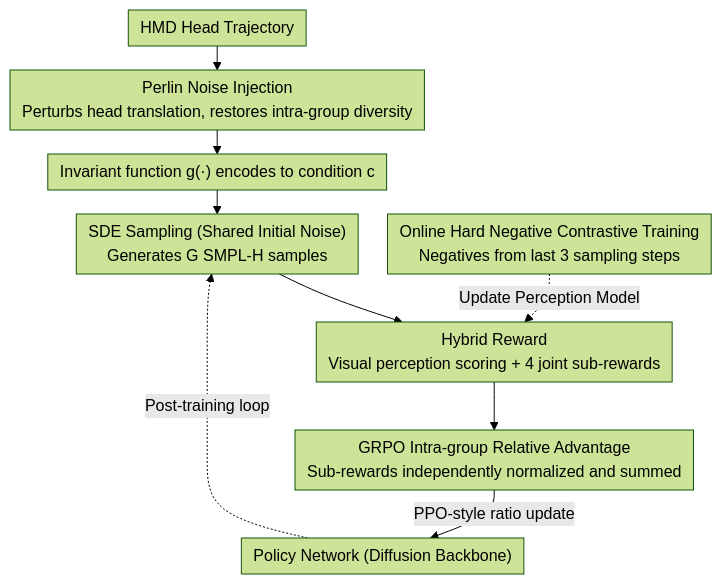
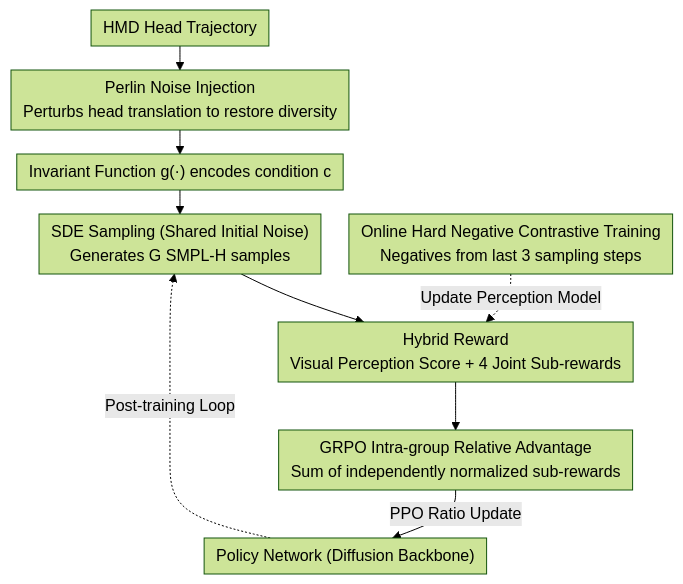
Before and after one commit to zhaoyang97/Paper-Notes-en: the diagram in docs/ICML2026/human_understanding/motiongrpo_overcoming_low_intra-group_diversity_in_grpo-based_egocentric_motion_.md, drawn with Mermaid (forest theme). The commit also changed other lines of this file and 5084 other files, not shown here.

````diff
--- a/docs/ICML2026/human_understanding/motiongrpo_overcoming_low_intra-group_diversity_in_grpo-based_egocentric_motion_.md
+++ b/docs/ICML2026/human_understanding/motiongrpo_overcoming_low_intra-group_diversity_in_grpo-based_egocentric_motion_.md
@@ -42,12 +44,12 @@
 ```mermaid
 %%{init: {'flowchart': {'rankSpacing': 24, 'nodeSpacing': 28, 'padding': 6, 'wrappingWidth': 400}}}%%
 flowchart TD
-    A["HMD Head Trajectory"] --> B["Perlin Noise Injection<br/>Perturbs head translation, restores intra-group diversity"]
-    B --> C["Invariant function g(·) encodes to condition c"]
+    A["HMD Head Trajectory"] --> B["Perlin Noise Injection<br/>Perturbs head translation to restore diversity"]
+    B --> C["Invariant Function g(·) encodes condition c"]
     C --> D["SDE Sampling (Shared Initial Noise)<br/>Generates G SMPL-H samples"]
-    D --> E["Hybrid Reward<br/>Visual perception scoring + 4 joint sub-rewards"]
+    D --> E["Hybrid Reward<br/>Visual Perception Score + 4 Joint Sub-rewards"]
     F["Online Hard Negative Contrastive Training<br/>Negatives from last 3 sampling steps"] -.->|Update Perception Model| E
-    E --> G["GRPO Intra-group Relative Advantage<br/>Sub-rewards independently normalized and summed"]
-    G -->|PPO-style ratio update| H["Policy Network (Diffusion Backbone)"]
-    H -.->|Post-training loop| D
+    E --> G["GRPO Intra-group Relative Advantage<br/>Sum of independently normalized sub-rewards"]
+    G -->|PPO Ratio Update| H["Policy Network (Diffusion Backbone)"]
+    H -.->|Post-training Loop| D
 ```
````
